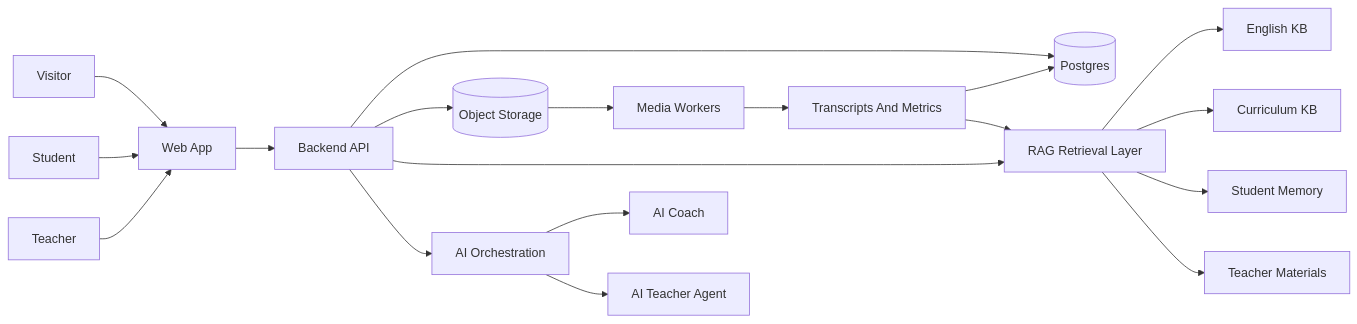
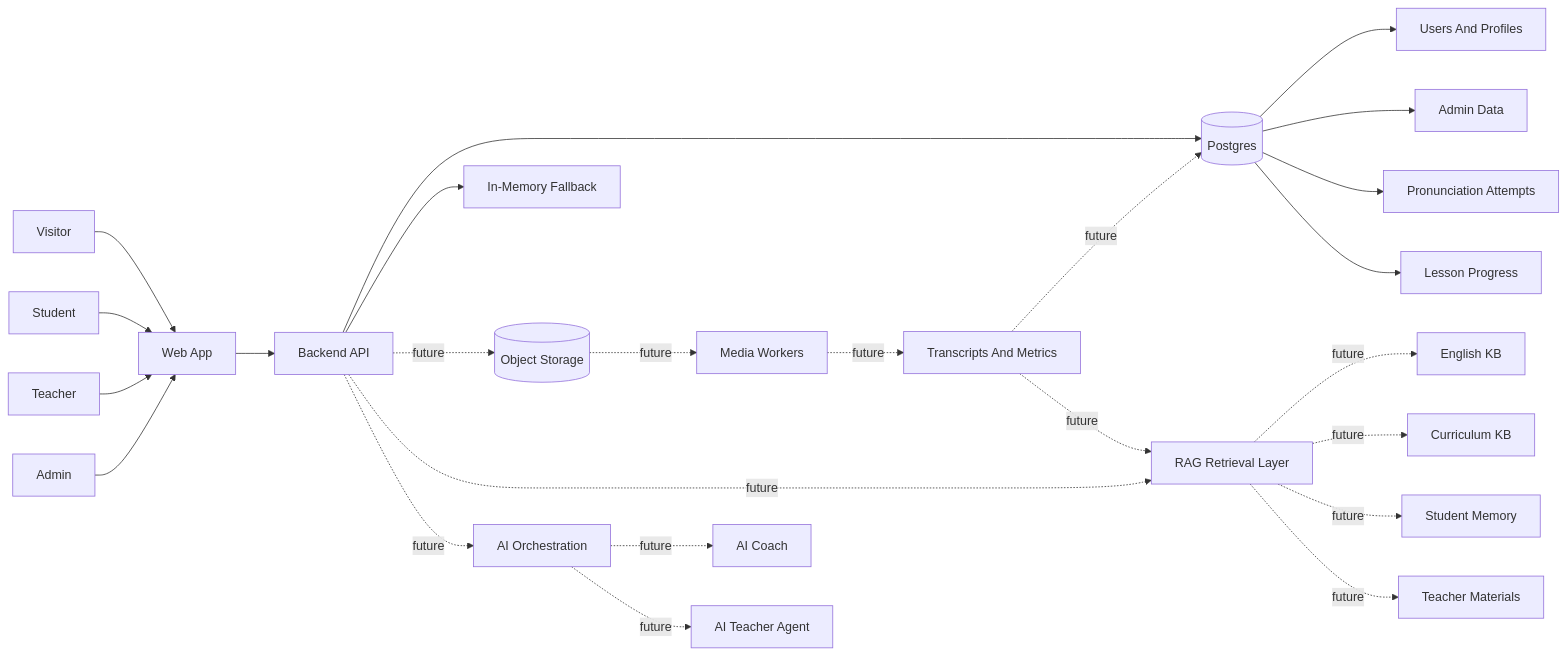
The first of 7 diagrams in architecture/06-diagrams.md (lvoliveiratec/english_app), drawn with Mermaid before and after one commit. The commit also changed other lines of this file and 25 other files, not shown here.

Commit message:
Add pronunciation attempt flow and update architecture docs

````diff
--- a/architecture/06-diagrams.md
+++ b/architecture/06-diagrams.md
@@ -7,25 +7,32 @@
 ```mermaid
 flowchart LR
   Visitor[Visitor] --> Web[Web App]
   Student[Student] --> Web
   Teacher[Teacher] --> Web
+  Admin[Admin] --> Web
 
   Web --> API[Backend API]
   API --> DB[(Postgres)]
-  API --> Storage[(Object Storage)]
-  API --> RAG[RAG Retrieval Layer]
-  API --> AI[AI Orchestration]
+  API --> Memory[In-Memory Fallback]
+  API -. future .-> Storage[(Object Storage)]
+  API -. future .-> RAG[RAG Retrieval Layer]
+  API -. future .-> AI[AI Orchestration]
 
-  Storage --> Workers[Media Workers]
-  Workers --> Transcripts[Transcripts And Metrics]
-  Transcripts --> DB
-  Transcripts --> RAG
+  DB --> Users[Users And Profiles]
+  DB --> AdminData[Admin Data]
+  DB --> Attempts[Pronunciation Attempts]
+  DB --> Progress[Lesson Progress]
 
-  RAG --> EnglishKB[English KB]
-  RAG --> CurriculumKB[Curriculum KB]
-  RAG --> StudentMemory[Student Memory]
-  RAG --> TeacherMaterials[Teacher Materials]
+  Storage -. future .-> Workers[Media Workers]
+  Workers -. future .-> Transcripts[Transcripts And Metrics]
+  Transcripts -. future .-> DB
+  Transcripts -. future .-> RAG
 
-  AI --> Coach[AI Coach]
-  AI --> TeacherAgent[AI Teacher Agent]
+  RAG -. future .-> EnglishKB[English KB]
+  RAG -. future .-> CurriculumKB[Curriculum KB]
+  RAG -. future .-> StudentMemory[Student Memory]
+  RAG -. future .-> TeacherMaterials[Teacher Materials]
+
+  AI -. future .-> Coach[AI Coach]
+  AI -. future .-> TeacherAgent[AI Teacher Agent]
 ```
````
